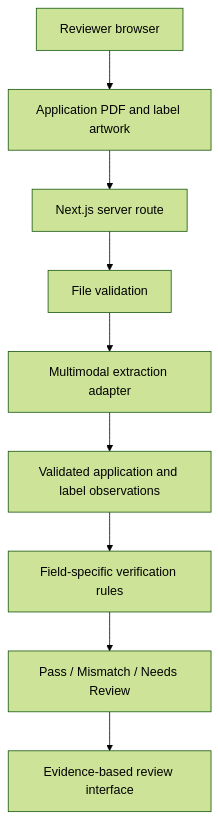
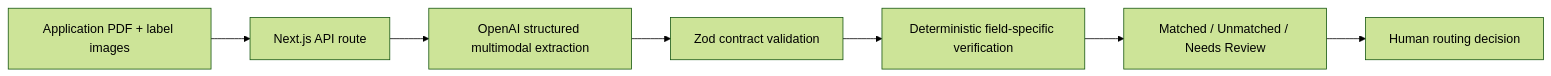
One commit to quintian/LabelProof changed the diagram in readme.md. Above: the diagram before and after it, drawn with Mermaid (forest theme). The commit also changed other lines of this file and 26 other files, not shown here.

````diff
--- a/readme.md
+++ b/readme.md
@@ -257,11 +75,9 @@
 ```mermaid
-flowchart TD
-    A[Reviewer browser] --> B[Application PDF and label artwork]
-    B --> C[Next.js server route]
-    C --> D[File validation]
-    D --> E[Multimodal extraction adapter]
-    E --> F[Validated application and label observations]
-    F --> G[Field-specific verification rules]
-    G --> H[Pass / Mismatch / Needs Review]
-    H --> I[Evidence-based review interface]
+flowchart LR
+  A[Application PDF + label images] --> B[Next.js API route]
+  B --> C[OpenAI structured multimodal extraction]
+  C --> D[Zod contract validation]
+  D --> E[Deterministic field-specific verification]
+  E --> F[Matched / Unmatched / Needs Review]
+  F --> G[Human routing decision]
 ```
````
